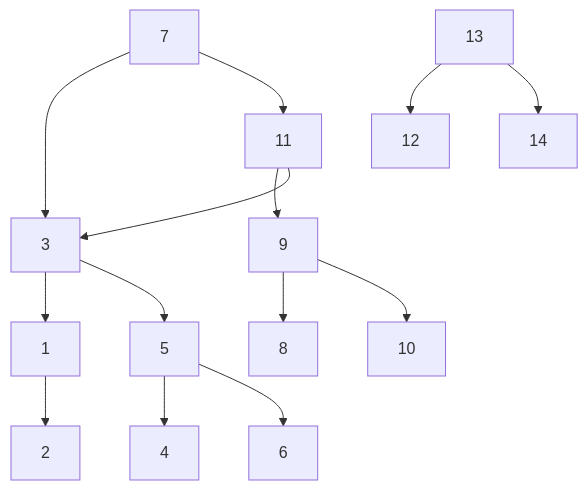
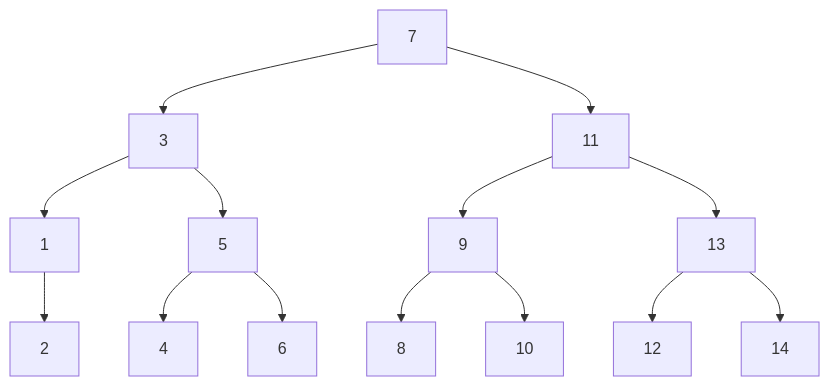
One commit to tsolenthaler/zbwAlgDs changed diagram 13 of 14 in docs/datenstrukturen/binary-tree.md. Above: the diagram before and after it, drawn with Mermaid. The commit also changed other lines of this file, not shown here.

````diff
--- a/docs/datenstrukturen/binary-tree.md
+++ b/docs/datenstrukturen/binary-tree.md
@@ -378,16 +375,16 @@
 ``` mermaid
 flowchart TD
     7 --> 3
     7 --> 11
     3 --> 1
     3 --> 5
     1 --> 2
     5 --> 4
     5 --> 6
     11 --> 9
-    11 --> 3
+    11 --> 13
     9 --> 8
     9 --> 10
     13 --> 12
     13 --> 14
 ```
````
